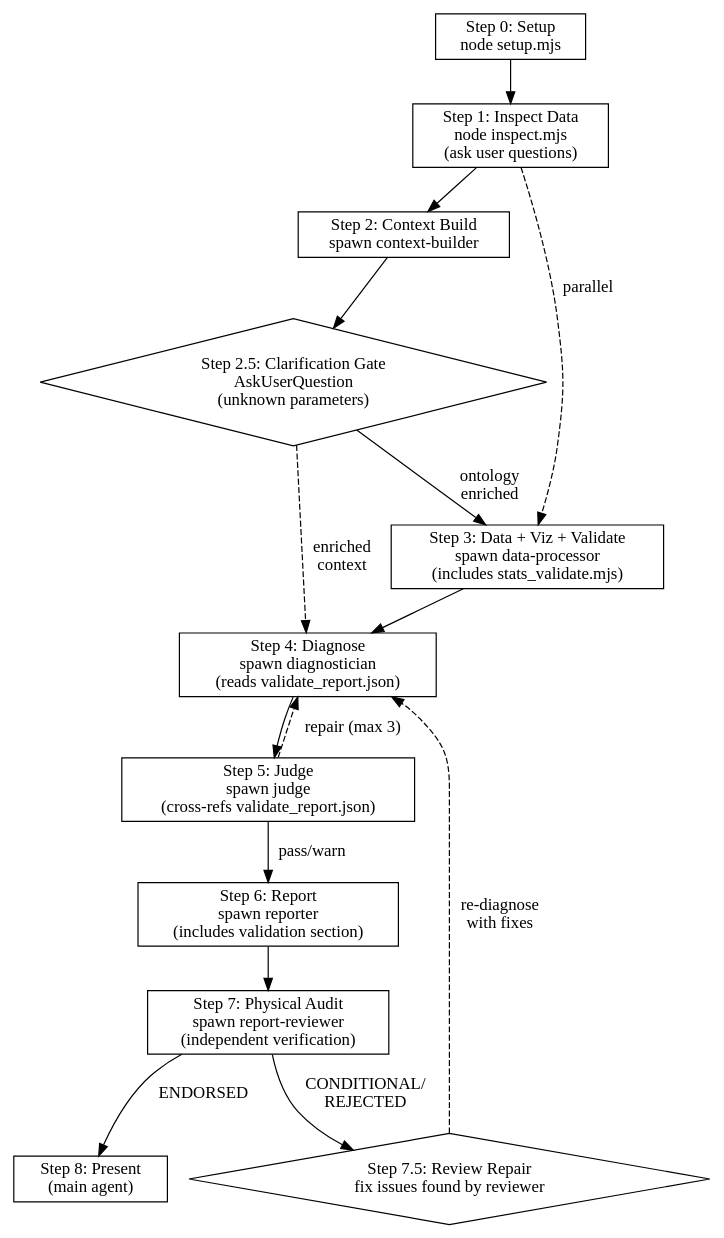
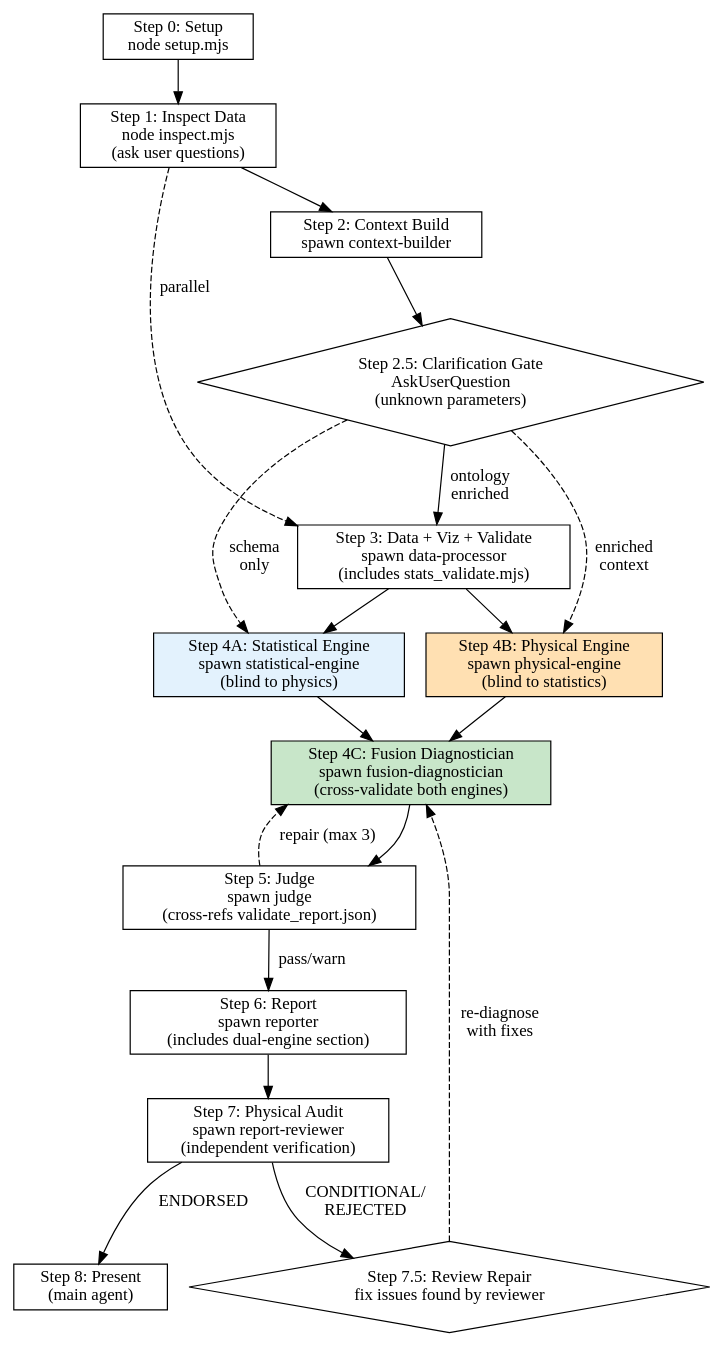
The diagram in .claude/skills/industrial-deep-diagnostic/pipeline-execution.md (kingdol666/industrial-deep-diagnostic), drawn with Graphviz before and after one commit. The commit also changed other lines of this file and 8 other files, not shown here.

First line of the commit message:
feat: dual-drive architecture v5.0 — Statistical + Physical engines with cross-validation

````diff
--- a/.claude/skills/industrial-deep-diagnostic/pipeline-execution.md
+++ b/.claude/skills/industrial-deep-diagnostic/pipeline-execution.md
@@ -8,33 +8,39 @@
 ```dot
 digraph diagnostic_flow {
   rankdir=TB;
   node [shape=box];
 
   setup [label="Step 0: Setup\nnode setup.mjs"];
   inspect [label="Step 1: Inspect Data\nnode inspect.mjs\n(ask user questions)"];
   context [label="Step 2: Context Build\nspawn context-builder"];
   clarify [label="Step 2.5: Clarification Gate\nAskUserQuestion\n(unknown parameters)" shape=diamond];
   dataproc [label="Step 3: Data + Viz + Validate\nspawn data-processor\n(includes stats_validate.mjs)"];
-  diag [label="Step 4: Diagnose\nspawn diagnostician\n(reads validate_report.json)"];
+  stats [label="Step 4A: Statistical Engine\nspawn statistical-engine\n(blind to physics)" style=filled fillcolor="#E3F2FD"];
+  phys [label="Step 4B: Physical Engine\nspawn physical-engine\n(blind to statistics)" style=filled fillcolor="#FFE0B2"];
+  fusion [label="Step 4C: Fusion Diagnostician\nspawn fusion-diagnostician\n(cross-validate both engines)" style=filled fillcolor="#C8E6C9"];
   judge [label="Step 5: Judge\nspawn judge\n(cross-refs validate_report.json)"];
-  report [label="Step 6: Report\nspawn reporter\n(includes validation section)"];
+  report [label="Step 6: Report\nspawn reporter\n(includes dual-engine section)"];
   review [label="Step 7: Physical Audit\nspawn report-reviewer\n(independent verification)"];
   repair [label="Step 7.5: Review Repair\nfix issues found by reviewer" shape=diamond];
   present [label="Step 8: Present\n(main agent)"];
 
   setup -> inspect;
   inspect -> context;
   inspect -> dataproc [style=dashed label="parallel"];
   context -> clarify;
   clarify -> dataproc [label="ontology\nenriched"];
-  clarify -> diag [style=dashed label="enriched\ncontext"];
-  dataproc -> diag;
-  diag -> judge;
-  judge -> diag [label="repair (max 3)" style=dashed];
+  clarify -> stats [style=dashed label="schema\nonly"];
+  clarify -> phys [style=dashed label="enriched\ncontext"];
+  dataproc -> stats;
+  dataproc -> phys;
+  stats -> fusion;
+  phys -> fusion;
+  fusion -> judge;
+  judge -> fusion [label="repair (max 3)" style=dashed];
   judge -> report [label="pass/warn"];
   report -> review;
   review -> repair [label="CONDITIONAL/\nREJECTED"];
-  repair -> diag [label="re-diagnose\nwith fixes" style=dashed];
+  repair -> fusion [label="re-diagnose\nwith fixes" style=dashed];
   review -> present [label="ENDORSED"];
 }
 ```
````
